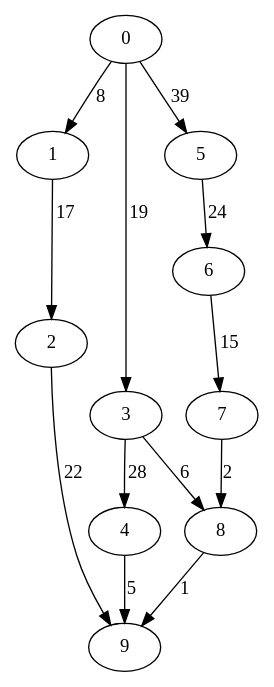
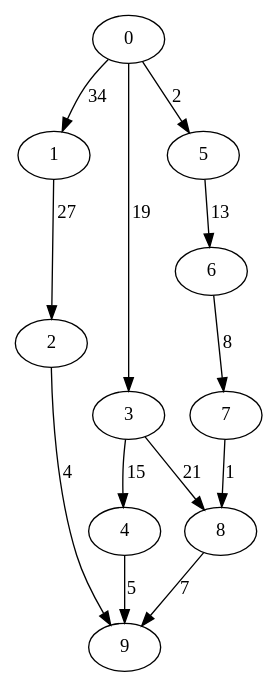
One commit to asaloniti/DagScheduling_old changed the diagram in dotfiles/data.dot. Above: the diagram before and after it, drawn with Graphviz. The commit also changed 2 other files, not shown here.

```diff
--- a/dotfiles/data.dot
+++ b/dotfiles/data.dot
@@ -1,14 +1,14 @@
 digraph data {
-0 -> 1 [ label = 8 ];
+0 -> 1 [ label = 34 ];
 0 -> 3 [ label = 19 ];
-0 -> 5 [ label = 39 ];
-1 -> 2 [ label = 17 ];
-2 -> 9 [ label = 22 ];
-3 -> 4 [ label = 28 ];
-3 -> 8 [ label = 6 ];
+0 -> 5 [ label = 2 ];
+1 -> 2 [ label = 27 ];
+2 -> 9 [ label = 4 ];
+3 -> 4 [ label = 15 ];
+3 -> 8 [ label = 21 ];
 4 -> 9 [ label = 5 ];
-5 -> 6 [ label = 24 ];
-6 -> 7 [ label = 15 ];
-7 -> 8 [ label = 2 ];
-8 -> 9 [ label = 1 ];
+5 -> 6 [ label = 13 ];
+6 -> 7 [ label = 8 ];
+7 -> 8 [ label = 1 ];
+8 -> 9 [ label = 7 ];
  }
```
